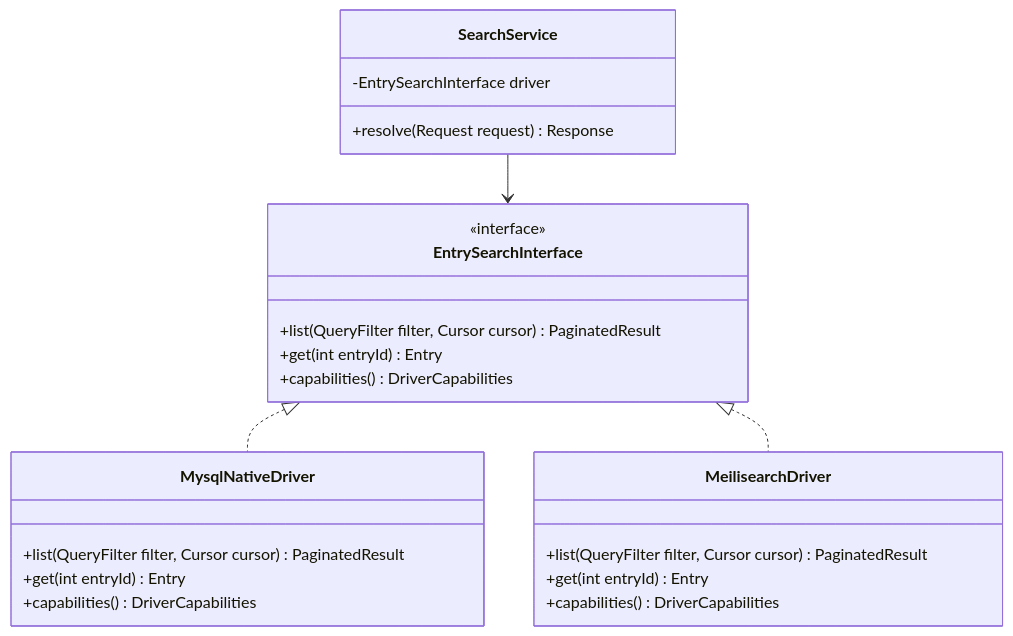
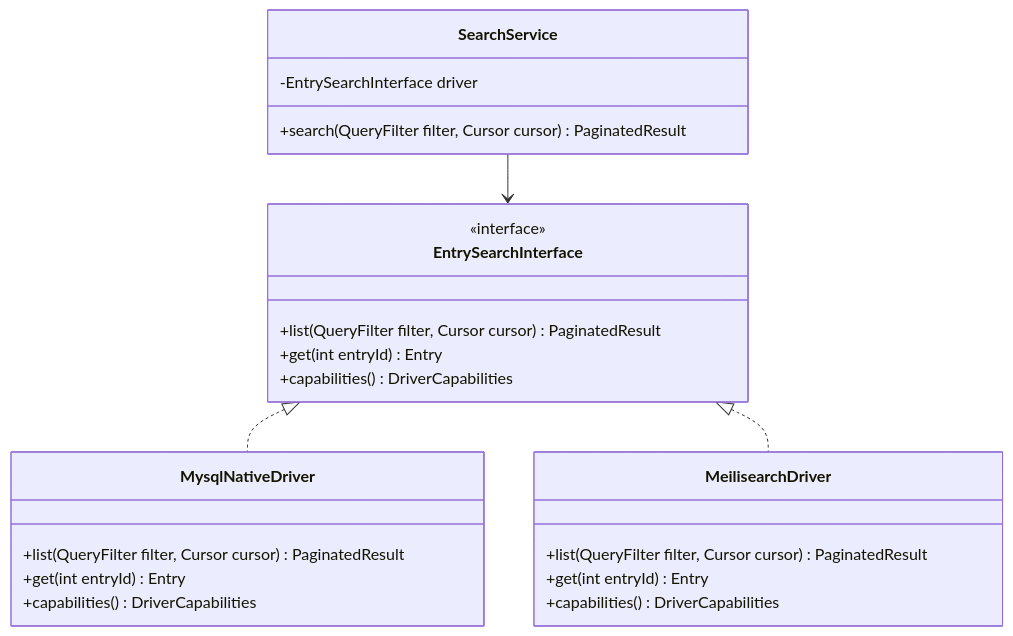
Before and after one commit to damarbob/SDDPG: the diagram in blueprints/search_driver_adapter.md, drawn with Mermaid. The commit also changed other lines of this file and 18 other files, not shown here.

````diff
--- a/blueprints/search_driver_adapter.md
+++ b/blueprints/search_driver_adapter.md
@@ -36,31 +36,31 @@
 ```mermaid
 classDiagram
     class EntrySearchInterface {
         <<interface>>
         +list(QueryFilter filter, Cursor cursor) PaginatedResult
         +get(int entryId) Entry
         +capabilities() DriverCapabilities
     }
 
     class MysqlNativeDriver {
         +list(QueryFilter filter, Cursor cursor) PaginatedResult
         +get(int entryId) Entry
         +capabilities() DriverCapabilities
     }
 
     class MeilisearchDriver {
         +list(QueryFilter filter, Cursor cursor) PaginatedResult
         +get(int entryId) Entry
         +capabilities() DriverCapabilities
     }
 
     EntrySearchInterface <|.. MysqlNativeDriver
     EntrySearchInterface <|.. MeilisearchDriver
 
     class SearchService {
         -EntrySearchInterface driver
-        +resolve(Request request) Response
+        +search(QueryFilter filter, Cursor cursor) PaginatedResult
     }
 
     SearchService --> EntrySearchInterface
 ```
````
